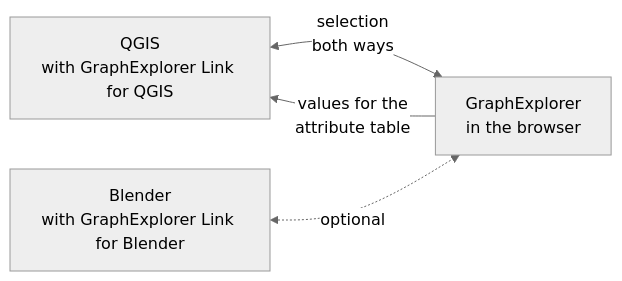
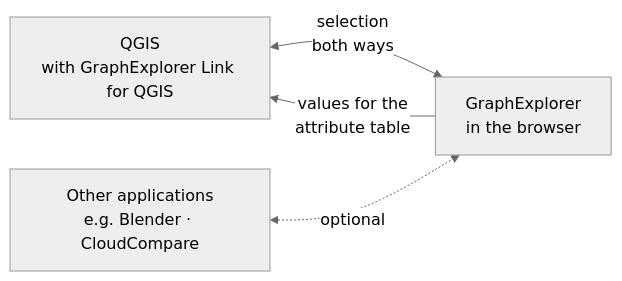
The diagram in README.md (oeai-dac/GraphExplorer_QGIS), drawn with Mermaid (neutral theme) before and after one commit. The commit also changed other lines of this file and 6 other files, not shown here.

````diff
--- a/README.md
+++ b/README.md
@@ -37,6 +37,6 @@
 ```mermaid
 flowchart LR
     Q["QGIS<br/>with GraphExplorer Link for QGIS"] <-- "selection<br/>both ways" --> G["GraphExplorer<br/>in the browser"]
-    B["Blender<br/>with GraphExplorer Link for Blender"] <-. "optional" .-> G
+    O["Other applications<br/>e.g. Blender · CloudCompare"] <-. "optional" .-> G
     G -- "values for the<br/>attribute table" --> Q
 ```
````
